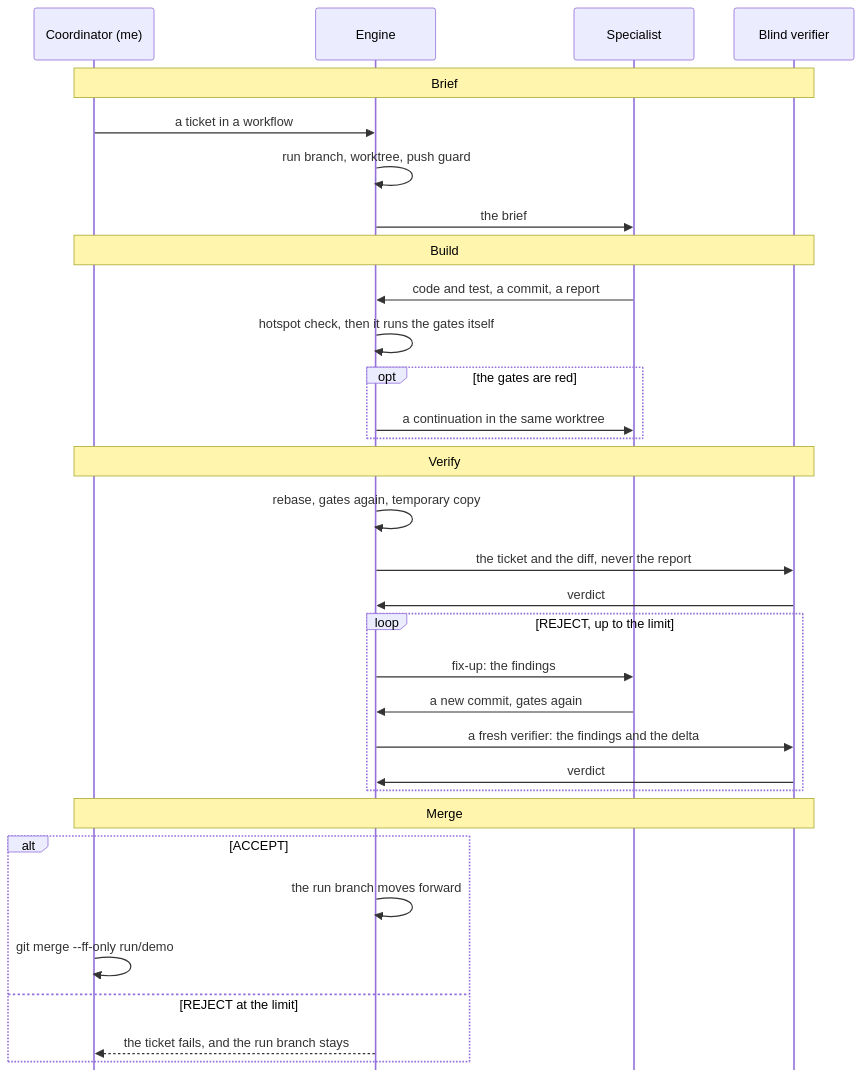
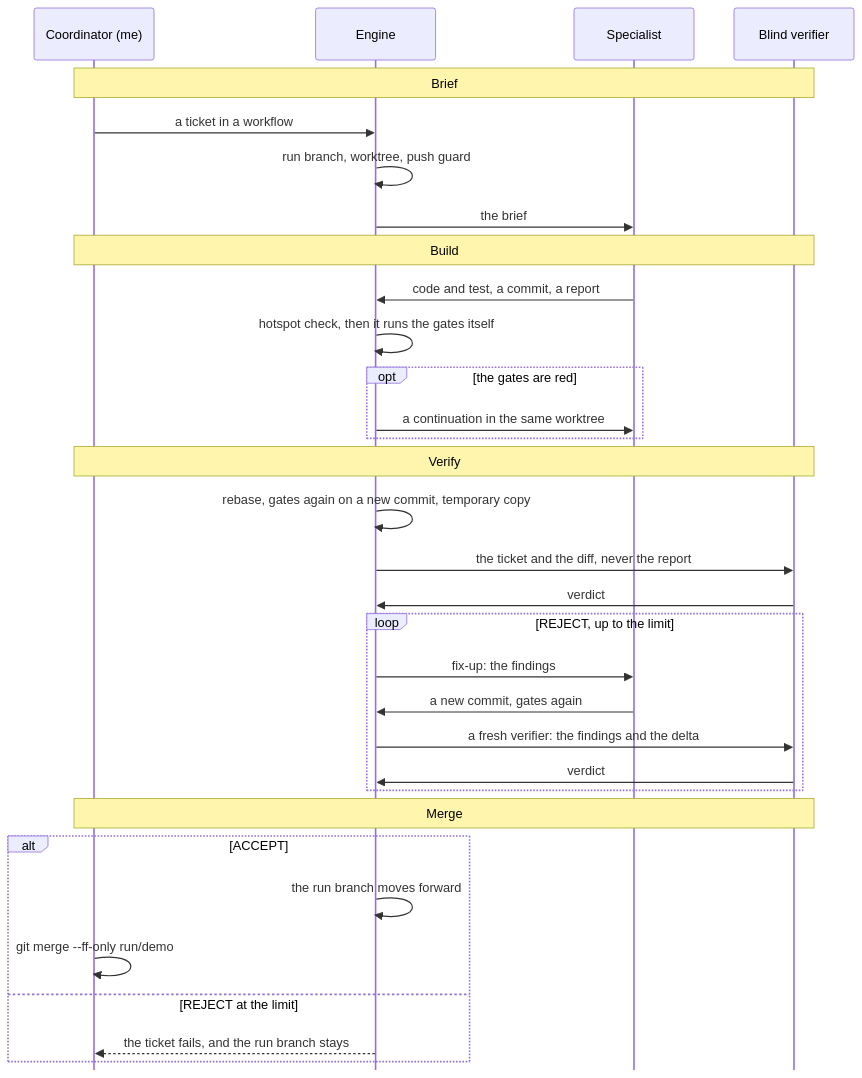
The diagram in docs/overview.md (AlexanderNZ/delegate), drawn with Mermaid before and after one commit. The commit also changed other lines of this file and 12 other files, not shown here.

First line of the commit message:
feat(run): run no gate again on a commit whose gates are green (#72)

````diff
--- a/docs/overview.md
+++ b/docs/overview.md
@@ -108,42 +108,42 @@
 ```mermaid
 ---
 config:
   sequence:
     mirrorActors: false
     actorFontSize: 15
     messageFontSize: 15
     noteFontSize: 15
 ---
 sequenceDiagram
   participant Me as Coordinator (me)
   participant Engine
   participant Specialist
   participant Verifier as Blind verifier
   Note over Me,Verifier: Brief
   Me->>Engine: a ticket in a workflow
   Engine->>Engine: run branch, worktree, push guard
   Engine->>Specialist: the brief
   Note over Me,Verifier: Build
   Specialist->>Engine: code and test, a commit, a report
   Engine->>Engine: hotspot check, then it runs the gates itself
   opt the gates are red
     Engine->>Specialist: a continuation in the same worktree
   end
   Note over Me,Verifier: Verify
-  Engine->>Engine: rebase, gates again, temporary copy
+  Engine->>Engine: rebase, gates again on a new commit, temporary copy
   Engine->>Verifier: the ticket and the diff, never the report
   Verifier->>Engine: verdict
   loop REJECT, up to the limit
     Engine->>Specialist: fix-up: the findings
     Specialist->>Engine: a new commit, gates again
     Engine->>Verifier: a fresh verifier: the findings and the delta
     Verifier->>Engine: verdict
   end
   Note over Me,Verifier: Merge
   alt ACCEPT
     Engine->>Engine: the run branch moves forward
     Me->>Me: git merge --ff-only run/demo
   else REJECT at the limit
     Engine-->>Me: the ticket fails, and the run branch stays
   end
 ```
````
